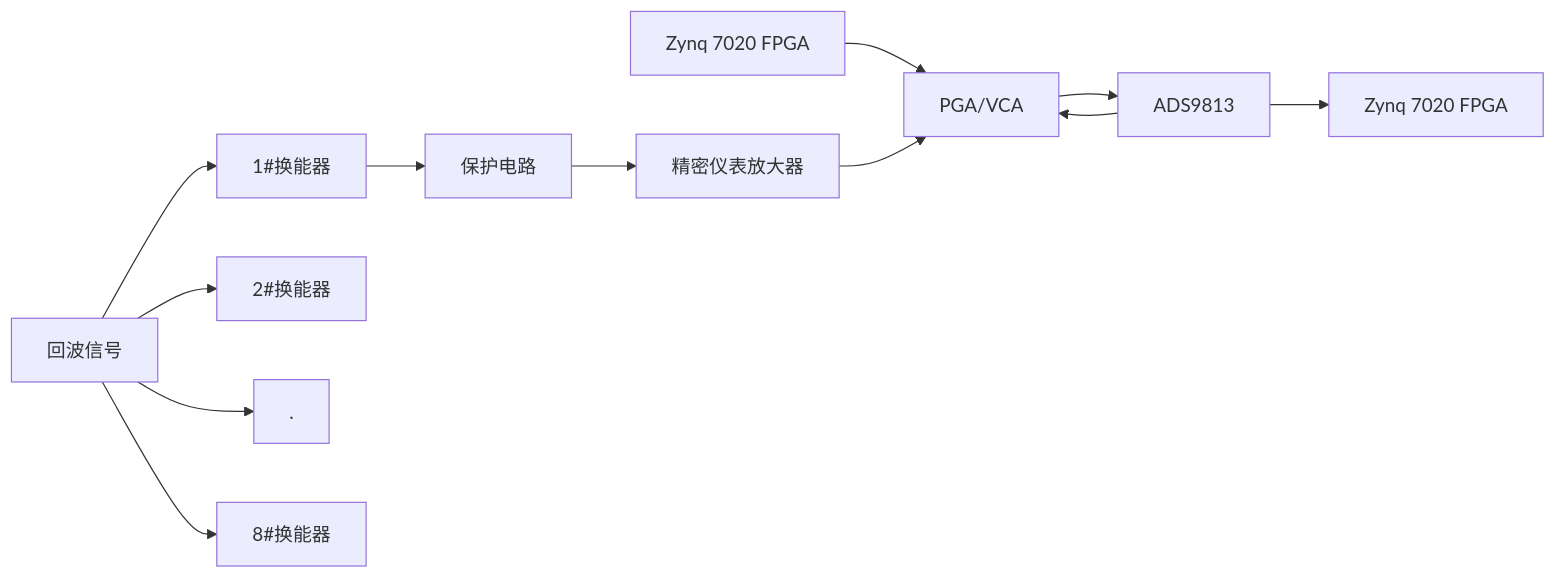
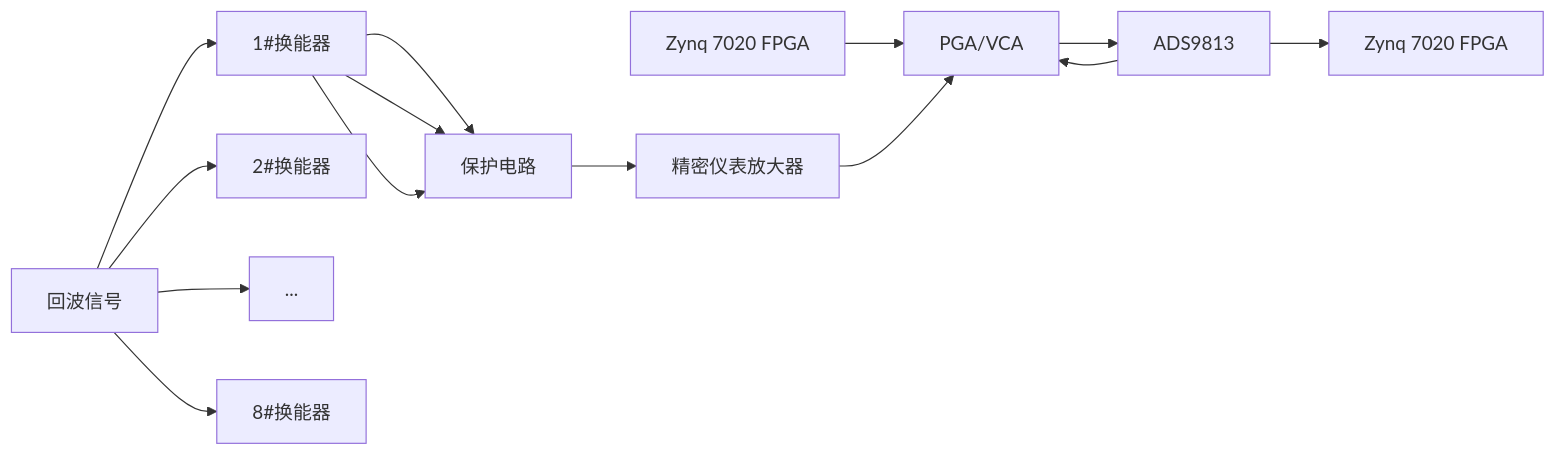
Before and after one commit to Rukawa15/iodraw-files: the diagram in all/多通道同步采集-1.md, drawn with Mermaid.

Commit message:
2025-06-19 14:09:56 update

````diff
--- a/all/多通道同步采集-1.md
+++ b/all/多通道同步采集-1.md
@@ -1,17 +1,18 @@
 ```mermaid
 graph LR
 A[回波信号]
 A --> B1[1#换能器]
 A --> B2[2#换能器]
-A --> .
-
+A --> ...
 A --> B8[8#换能器]
+B1 --> C1[保护电路]
+B1 --> C1[保护电路]
 B1 --> C1[保护电路]
 H[Zynq 7020 FPGA] --> E
 C1 --> D[精密仪表放大器] 
 D --> E[PGA/VCA] 
 E --> F[ADS9813] 
 F --> G[Zynq 7020 FPGA]
 F --> E
 
 ```
````
